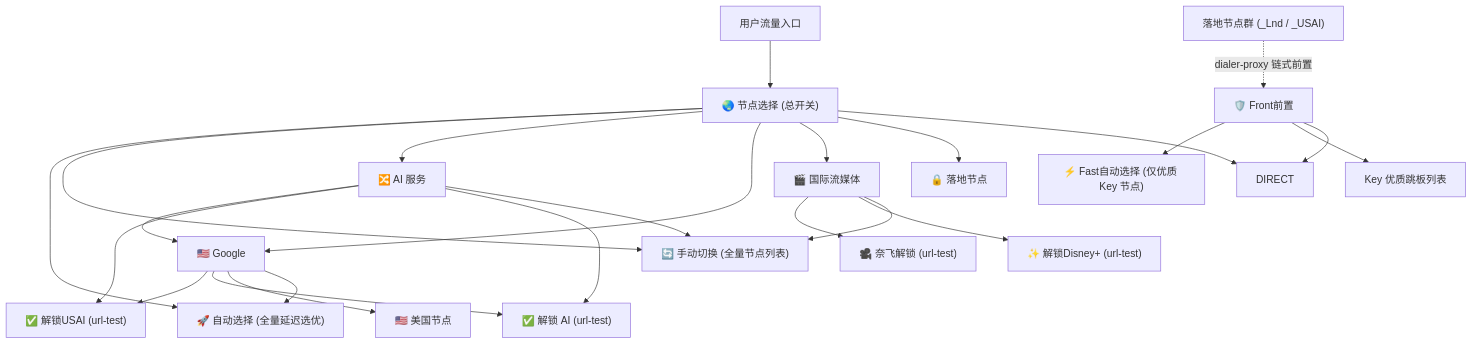
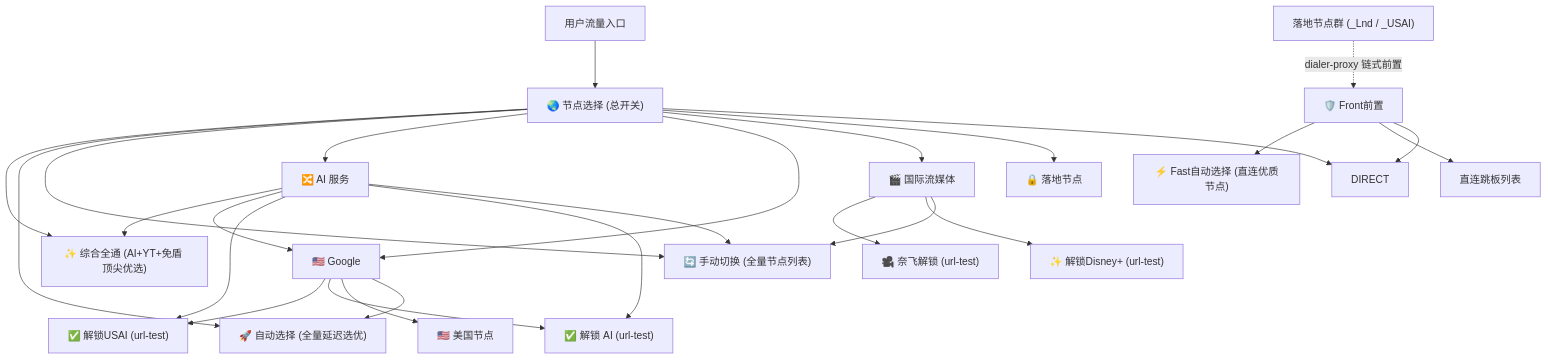
Before and after one commit to OUBIGFA/skills: the diagram in proxy-service-probe/references/config-rendering.md, drawn with Mermaid. The commit also changed other lines of this file and 23 other files, not shown here.

````diff
--- a/proxy-service-probe/references/config-rendering.md
+++ b/proxy-service-probe/references/config-rendering.md
@@ -11,31 +11,33 @@
 ```mermaid
 flowchart TD
     Inbound["用户流量入口"] --> NodeSelect["🌏️ 节点选择 (总开关)"]
     
+    NodeSelect --> Sparkle["✨️ 综合全通 (AI+YT+免盾 顶尖优选)"]
     NodeSelect --> AutoSelect["🚀 自动选择 (全量延迟选优)"]
     NodeSelect --> ManualSelect["🔄 手动切换 (全量节点列表)"]
     NodeSelect --> AIService["🔀 AI 服务"]
     NodeSelect --> Google["🇺🇸 Google"]
     NodeSelect --> Streaming["🎬 国际流媒体"]
     NodeSelect --> LandingGroup["🔒️ 落地节点"]
     NodeSelect --> Direct["DIRECT"]
 
+    AIService --> Sparkle
     AIService --> Google
     AIService --> USAI["✅ 解锁USAI (url-test)"]
     AIService --> AIUnlock["✅ 解锁 AI (url-test)"]
     AIService --> ManualSelect
 
     Google --> USAI
     Google --> AIUnlock
     Google --> USNodes["🇺🇸 美国节点"]
     Google --> AutoSelect
 
     Streaming --> NFUnlock["🎥 奈飞解锁 (url-test)"]
     Streaming --> DPUnlock["✨ 解锁Disney+ (url-test)"]
     Streaming --> ManualSelect
 
     LandingNodes["落地节点群 (_Lnd / _USAI)"] -.->|dialer-proxy 链式前置| FrontGroup["🛡️ Front前置"]
-    FrontGroup --> FastSelect["⚡ Fast自动选择 (仅优质 Key 节点)"]
-    FrontGroup --> KeyNodes["Key 优质跳板列表"]
+    FrontGroup --> FastSelect["⚡ Fast自动选择 (直连优质节点)"]
+    FrontGroup --> DirectNodes["直连跳板列表"]
     FrontGroup --> Direct
 ```
````
